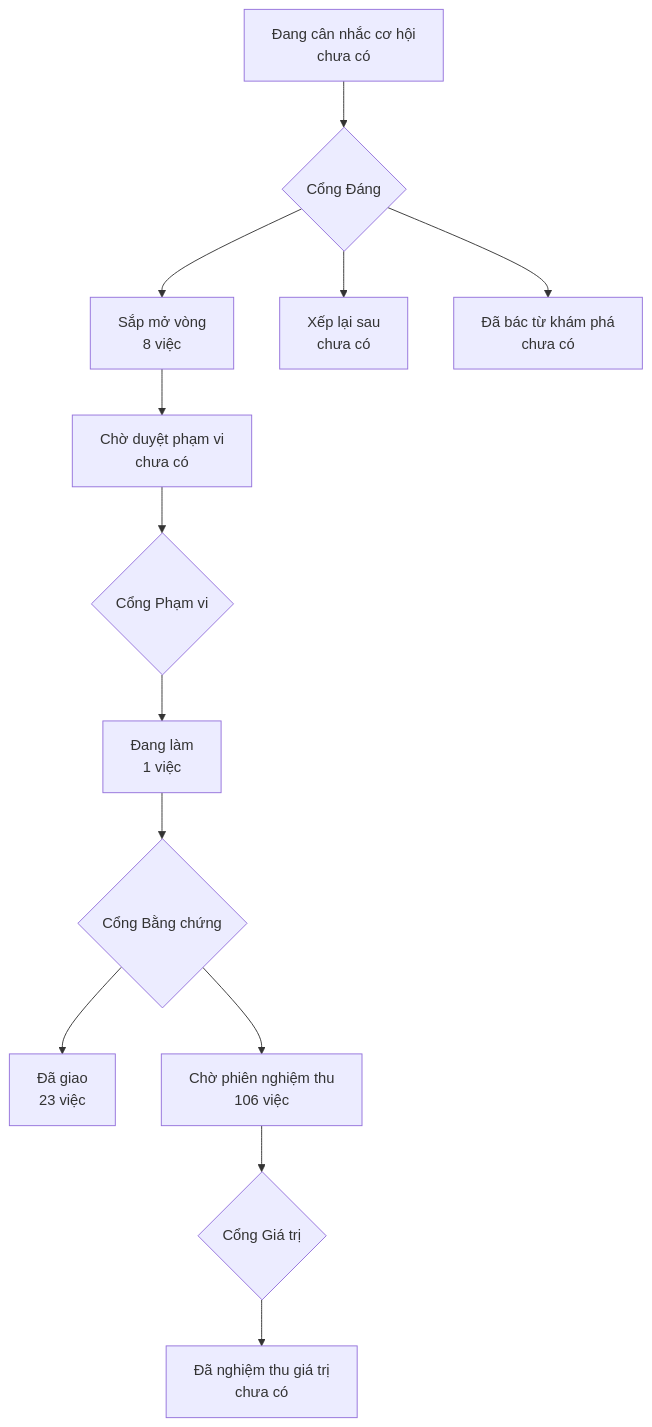
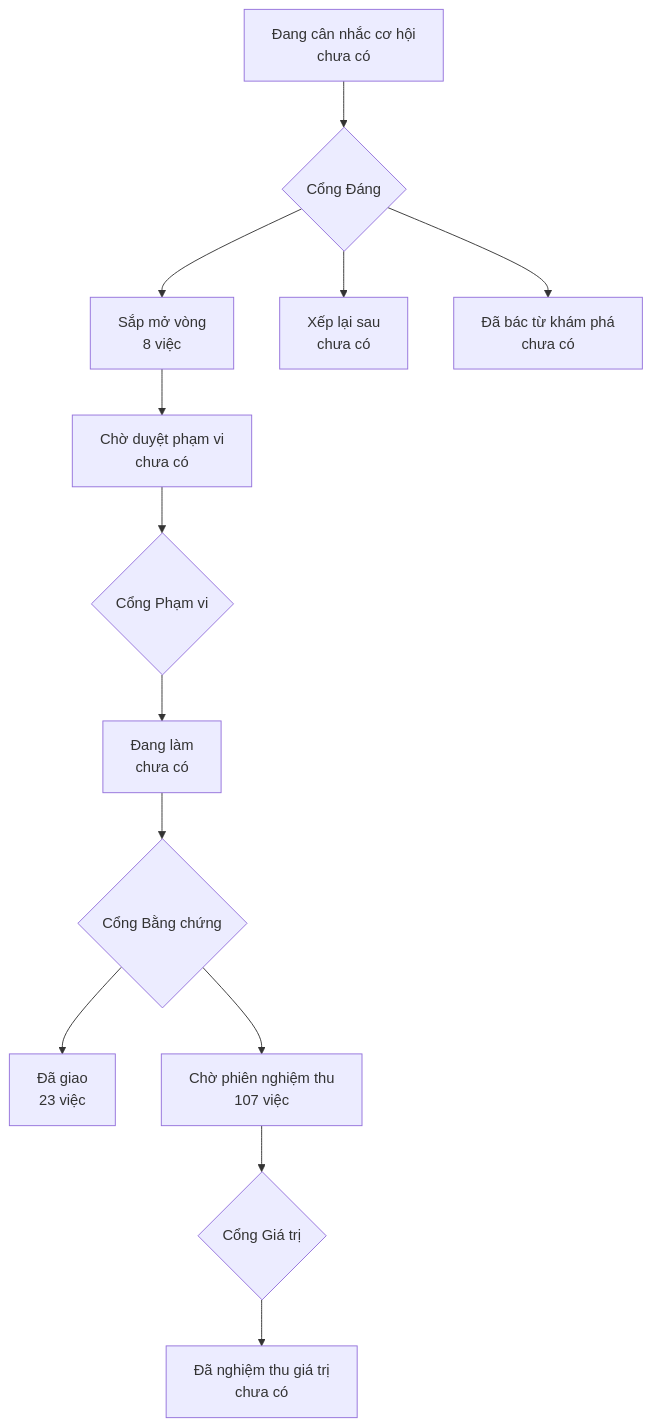
The diagram in PRODUCT-MAP.md (phanlemanh/onehub-quy-hang), drawn with Mermaid before and after one commit. The commit also changed other lines of this file and 4 other files, not shown here.

````diff
--- a/PRODUCT-MAP.md
+++ b/PRODUCT-MAP.md
@@ -7,12 +7,12 @@
 ```mermaid
 flowchart TD
   A["Đang cân nhắc cơ hội<br/>chưa có"] --> GD{"Cổng Đáng"}
   GD --> B["Sắp mở vòng<br/>8 việc"]
   GD --> XL["Xếp lại sau<br/>chưa có"]
   GD --> DB["Đã bác từ khám phá<br/>chưa có"]
   B --> CD["Chờ duyệt phạm vi<br/>chưa có"] --> GP{"Cổng Phạm vi"}
-  GP --> DL["Đang làm<br/>1 việc"] --> GB{"Cổng Bằng chứng"}
+  GP --> DL["Đang làm<br/>chưa có"] --> GB{"Cổng Bằng chứng"}
   GB --> DG["Đã giao<br/>23 việc"]
-  GB --> CN["Chờ phiên nghiệm thu<br/>106 việc"] --> GG{"Cổng Giá trị"}
+  GB --> CN["Chờ phiên nghiệm thu<br/>107 việc"] --> GG{"Cổng Giá trị"}
   GG --> NT["Đã nghiệm thu giá trị<br/>chưa có"]
 ```
````
